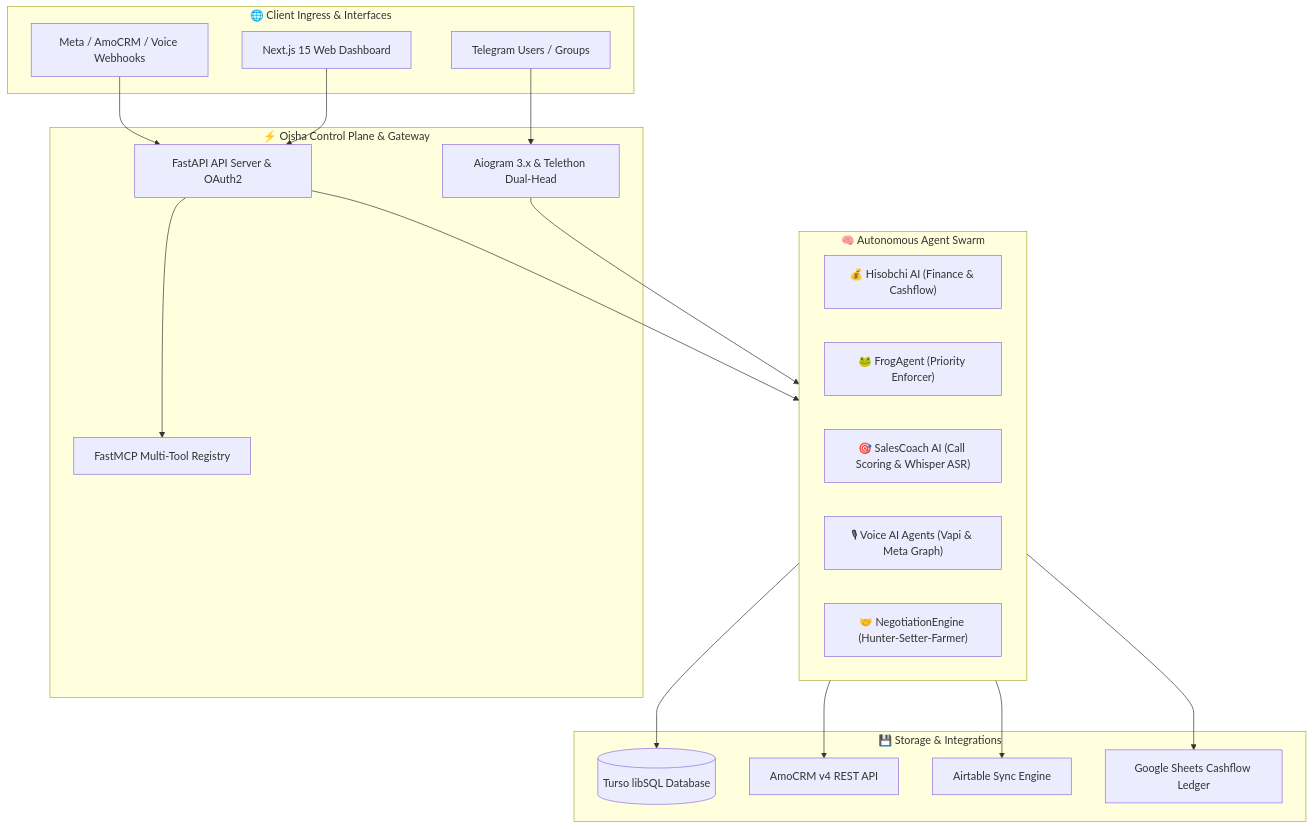
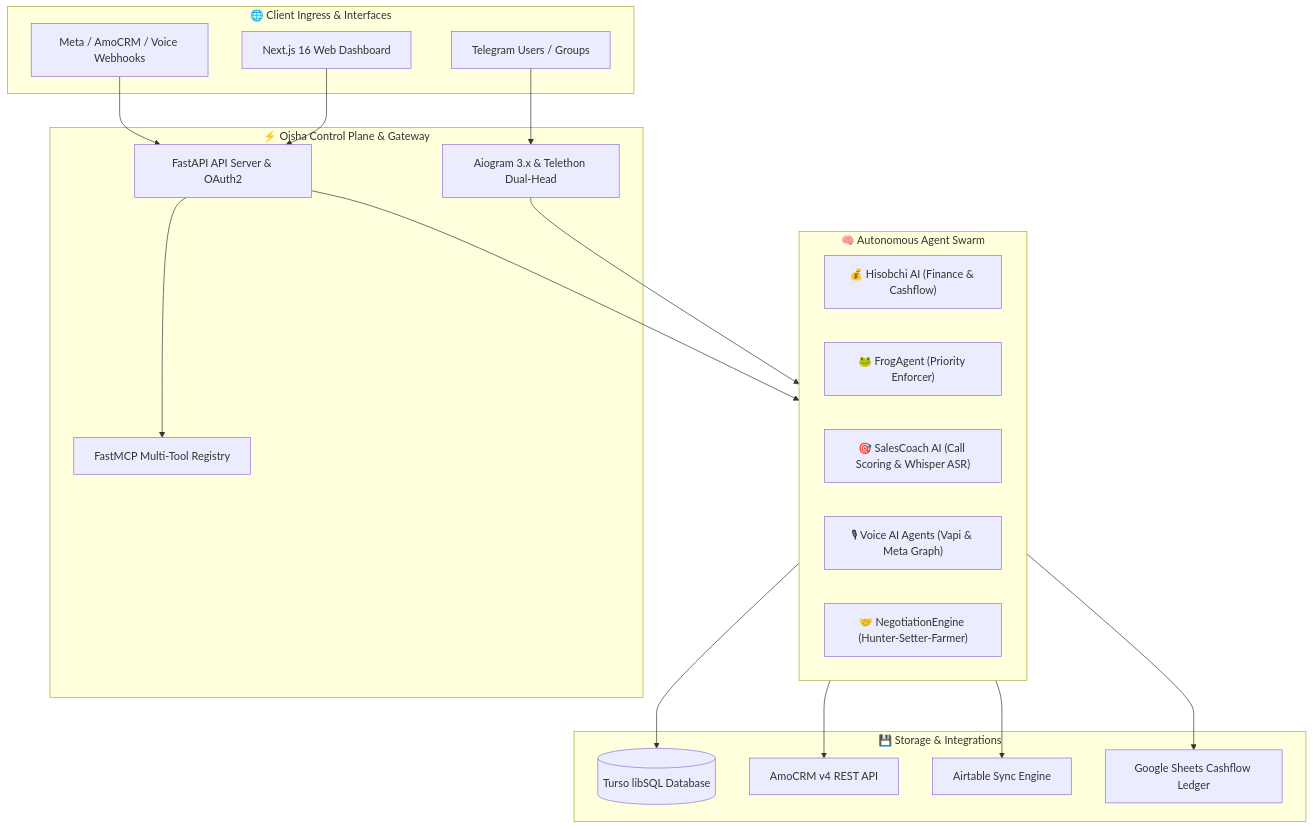
The diagram in README.md (baxtiyorjongaziyev/oisha-os), drawn with Mermaid before and after one commit. The commit also changed other lines of this file and 17 other files, not shown here.

````diff
--- a/README.md
+++ b/README.md
@@ -27,42 +27,42 @@
 ```mermaid
 graph TD
     subgraph Clients["🌐 Client Ingress & Interfaces"]
         TG[Telegram Users / Groups]
-        WEB[Next.js 15 Web Dashboard]
+        WEB[Next.js 16 Web Dashboard]
         API_IN[Meta / AmoCRM / Voice Webhooks]
     end
 
     subgraph Gateway["⚡ Oisha Control Plane & Gateway"]
         FASTAPI[FastAPI API Server & OAuth2]
         MCP[FastMCP Multi-Tool Registry]
         DISPATCH[Aiogram 3.x & Telethon Dual-Head]
     end
 
     subgraph Agents["🧠 Autonomous Agent Swarm"]
         HISOBCHI["💰 Hisobchi AI (Finance & Cashflow)"]
         FROG["🐸 FrogAgent (Priority Enforcer)"]
         COACH["🎯 SalesCoach AI (Call Scoring & Whisper ASR)"]
         VOICE["🎙 Voice AI Agents (Vapi & Meta Graph)"]
         NEGOTIATE["🤝 NegotiationEngine (Hunter-Setter-Farmer)"]
     end
 
     subgraph Data["💾 Storage & Integrations"]
         TURSO[(Turso libSQL Database)]
         AMO[AmoCRM v4 REST API]
         AIRTABLE[Airtable Sync Engine]
         GSHEETS[Google Sheets Cashflow Ledger]
     end
 
     TG --> DISPATCH
     WEB --> FASTAPI
     API_IN --> FASTAPI
 
     FASTAPI --> MCP
     DISPATCH --> Agents
     FASTAPI --> Agents
 
     Agents --> TURSO
     Agents --> AMO
     Agents --> AIRTABLE
     Agents --> GSHEETS
 ```
````
